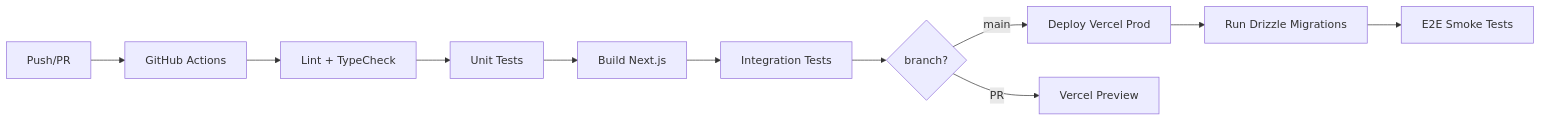
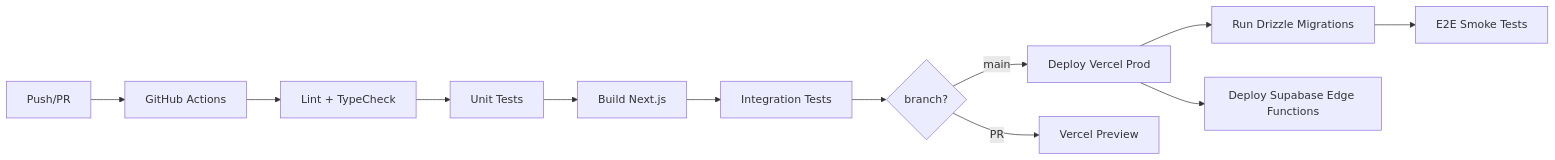
One commit to nirishm/warehouse-management changed the first of 2 diagrams in blueprint/wareos_v2_final_part3.md. Above: the diagram before and after it, drawn with Mermaid. The commit also changed other lines of this file and 4 other files, not shown here.

Commit message:
docs(blueprint): update WareOS v2 architecture blueprint

````diff
--- a/blueprint/wareos_v2_final_part3.md
+++ b/blueprint/wareos_v2_final_part3.md
@@ -68,13 +72,14 @@
 ```mermaid
 graph LR
     A[Push/PR] --> B[GitHub Actions]
     B --> C[Lint + TypeCheck]
     C --> D[Unit Tests]
     D --> E[Build Next.js]
     E --> F[Integration Tests]
     F --> G{branch?}
     G -->|main| H[Deploy Vercel Prod]
     G -->|PR| I[Vercel Preview]
     H --> J[Run Drizzle Migrations]
-    J --> K[E2E Smoke Tests]
+    H --> K[Deploy Supabase Edge Functions]
+    J --> L[E2E Smoke Tests]
 ```
````
